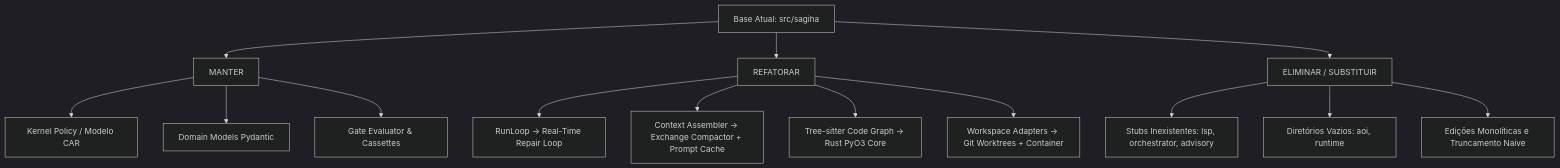
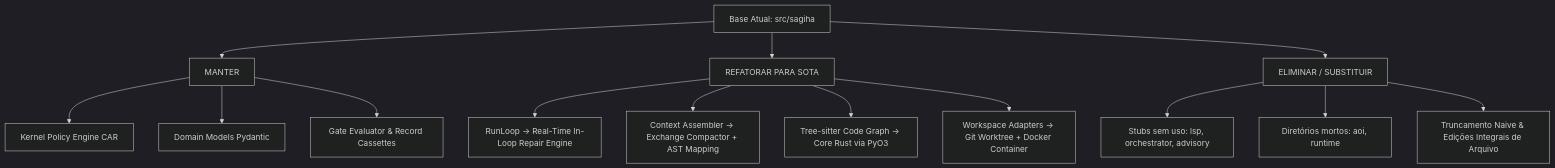
One commit to brainopensource/Harness-D-power changed the diagram in docs/rationale/rewrite_b/rewrite_v300_auditoria_sagiha_B.md. Above: the diagram before and after it, drawn with Mermaid (dark theme). The commit also changed other lines of this file and 7 other files, not shown here.

````diff
--- a/docs/rationale/rewrite_b/rewrite_v300_auditoria_sagiha_B.md
+++ b/docs/rationale/rewrite_b/rewrite_v300_auditoria_sagiha_B.md
@@ -86,19 +78,19 @@
 ```mermaid
 graph TD
     A[Base Atual: src/sagiha] --> B[MANTER]
-    A --> C[REFATORAR]
+    A --> C[REFATORAR PARA SOTA]
     A --> D[ELIMINAR / SUBSTITUIR]
 
-    B --> B1[Kernel Policy / Modelo CAR]
+    B --> B1[Kernel Policy Engine CAR]
     B --> B2[Domain Models Pydantic]
-    B --> B3[Gate Evaluator & Cassettes]
+    B --> B3[Gate Evaluator & Record Cassettes]
 
-    C --> C1[RunLoop -> Real-Time Repair Loop]
-    C --> C2[Context Assembler -> Exchange Compactor + Prompt Cache]
-    C --> C3[Tree-sitter Code Graph -> Rust PyO3 Core]
-    C --> C4[Workspace Adapters -> Git Worktrees + Container]
+    C --> C1[RunLoop -> Real-Time In-Loop Repair Engine]
+    C --> C2[Context Assembler -> Exchange Compactor + AST Mapping]
+    C --> C3[Tree-sitter Code Graph -> Core Rust via PyO3]
+    C --> C4[Workspace Adapters -> Git Worktree + Docker Container]
 
-    D --> D1[Stubs Inexistentes: lsp, orchestrator, advisory]
-    D --> D2[Diretórios Vazios: aoi, runtime]
-    D --> D3[Edições Monolíticas e Truncamento Naive]
+    D --> D1[Stubs sem uso: lsp, orchestrator, advisory]
+    D --> D2[Diretórios mortos: aoi, runtime]
+    D --> D3[Truncamento Naive & Edições Integrais de Arquivo]
 ```
````
